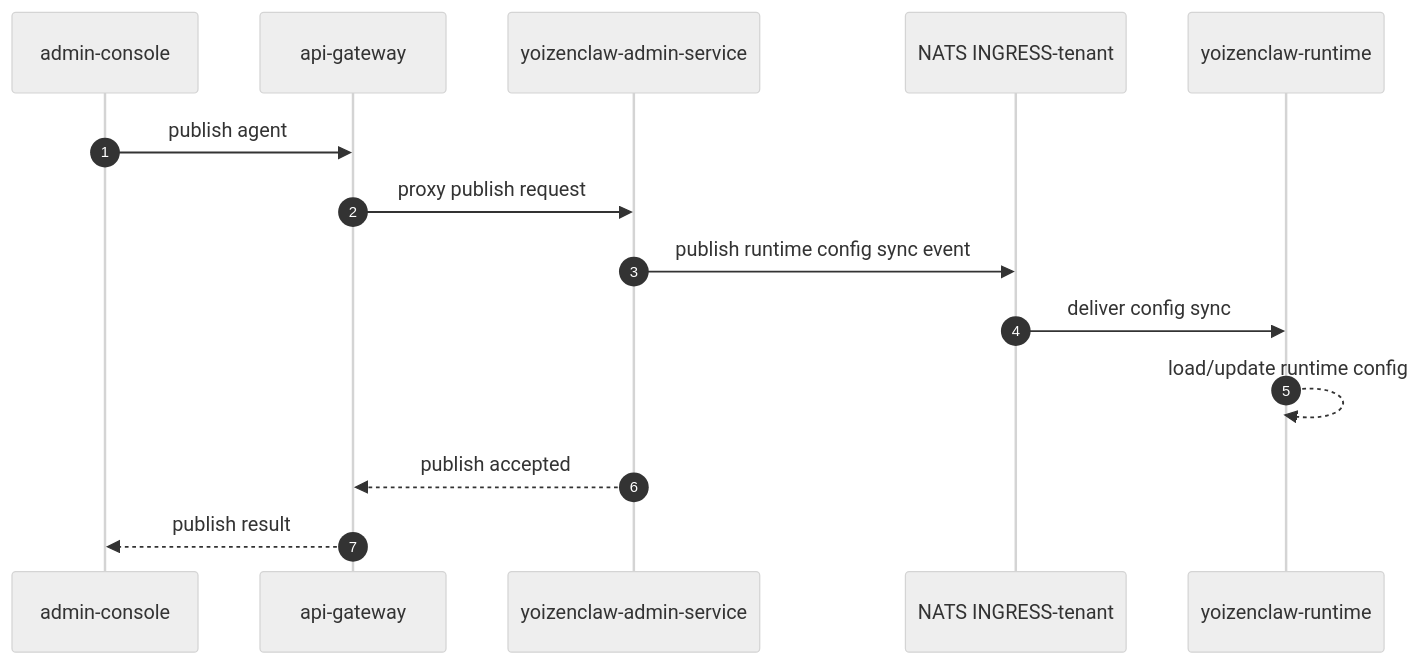
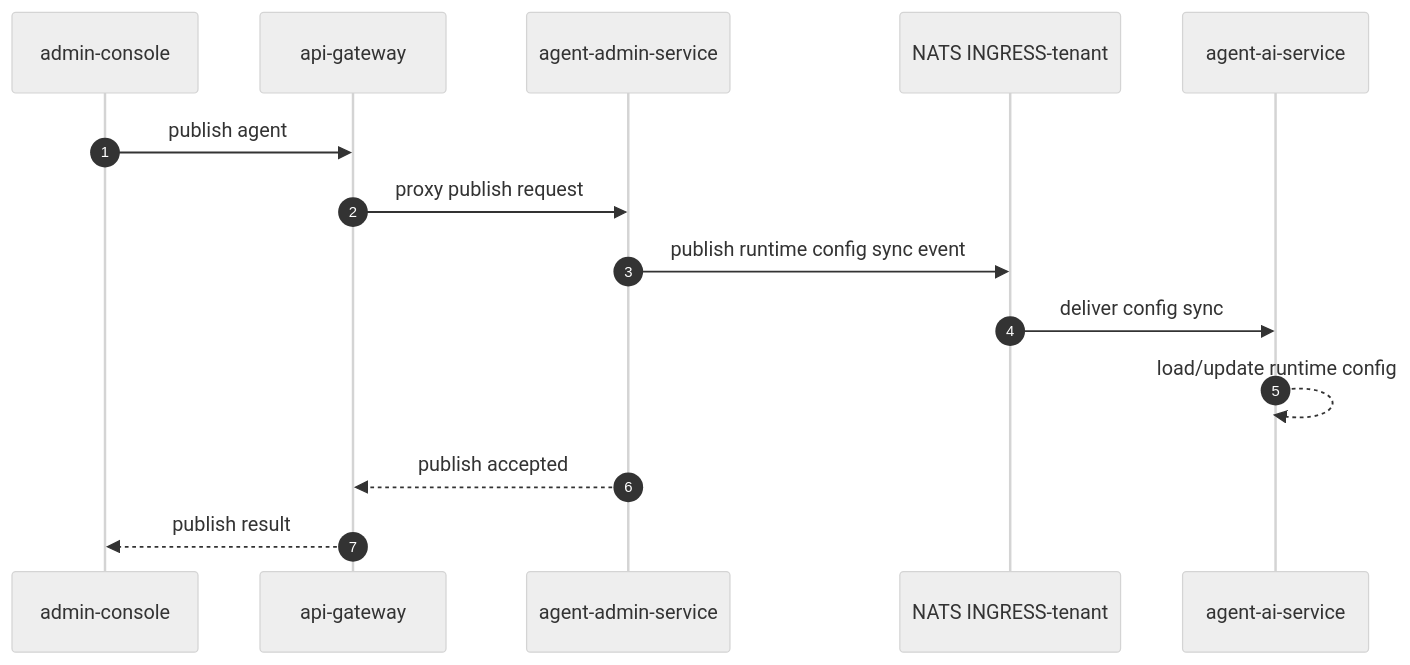
One commit to ccarnero/colloqui changed the second of 5 diagrams in DOCS/06-UI-FLOWS.md. Above: the diagram before and after it, drawn with Mermaid (neutral theme). The commit also changed other lines of this file and 1226 other files, not shown here.

````diff
--- a/DOCS/06-UI-FLOWS.md
+++ b/DOCS/06-UI-FLOWS.md
@@ -35,17 +35,17 @@
 ```mermaid
 sequenceDiagram
     autonumber
     participant UI as admin-console
     participant GW as api-gateway
-    participant YZA as yoizenclaw-admin-service
+    participant YZA as agent-admin-service
     participant NATS as NATS INGRESS-tenant
-    participant YZR as yoizenclaw-runtime
+    participant YZR as agent-ai-service
 
     UI->>GW: publish agent
     GW->>YZA: proxy publish request
     YZA->>NATS: publish runtime config sync event
     NATS->>YZR: deliver config sync
     YZR-->>YZR: load/update runtime config
     YZA-->>GW: publish accepted
     GW-->>UI: publish result
 ```
````
